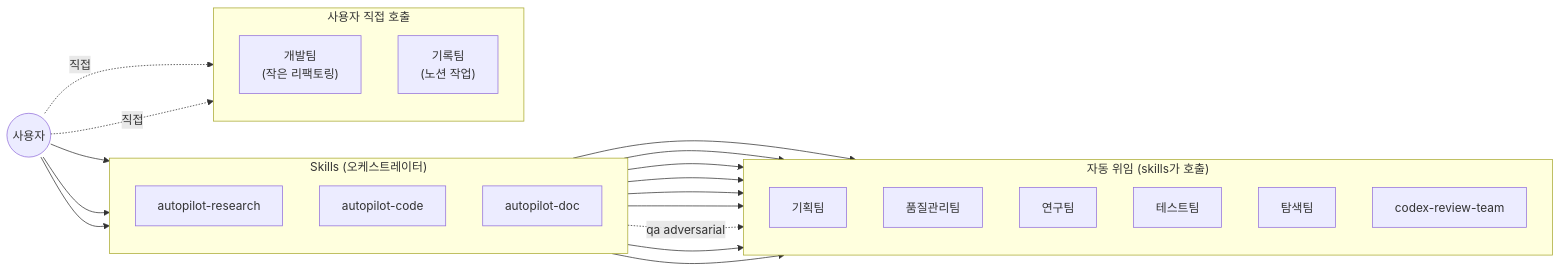
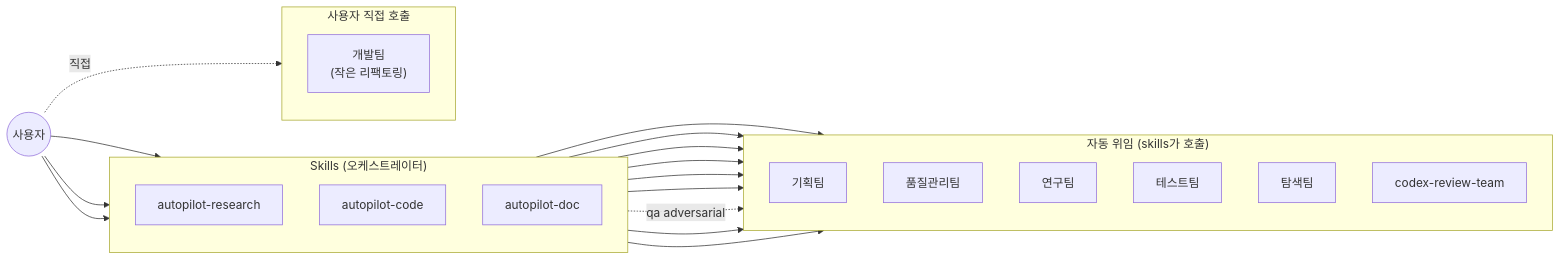
The second of 2 diagrams in skills/sync-skills/SKILL.md (dmlguq456/claude_setting), drawn with Mermaid before and after one commit. The commit also changed other lines of this file and 5 other files, not shown here.

````diff
--- a/skills/sync-skills/SKILL.md
+++ b/skills/sync-skills/SKILL.md
@@ -114,38 +114,36 @@
 ```mermaid
 flowchart LR
     USER(("사용자"))
     subgraph SKILLS["Skills (오케스트레이터)"]
         direction TB
         ARES["autopilot-research"]
         ACODE["autopilot-code"]
         ADOC["autopilot-doc"]
     end
     subgraph AUTO["자동 위임 (skills가 호출)"]
         direction TB
         PT["기획팀"]
         QT["품질관리팀"]
         RT["연구팀"]
         TT["테스트팀"]
         BT["탐색팀"]
         CRT["codex-review-team"]
     end
     subgraph DIRECT["사용자 직접 호출"]
         direction TB
         DT["개발팀<br/>(작은 리팩토링)"]
-        REC["기록팀<br/>(노션 작업)"]
     end
     USER --> ARES
     USER --> ACODE
     USER --> ADOC
     USER -. 직접 .-> DT
-    USER -. 직접 .-> REC
     ARES --> RT
     ARES --> BT
     ACODE --> PT
     ACODE --> QT
     ACODE --> RT
     ACODE --> TT
     ACODE -. qa adversarial .-> CRT
     ADOC --> RT
     ADOC --> QT
 ```
````
